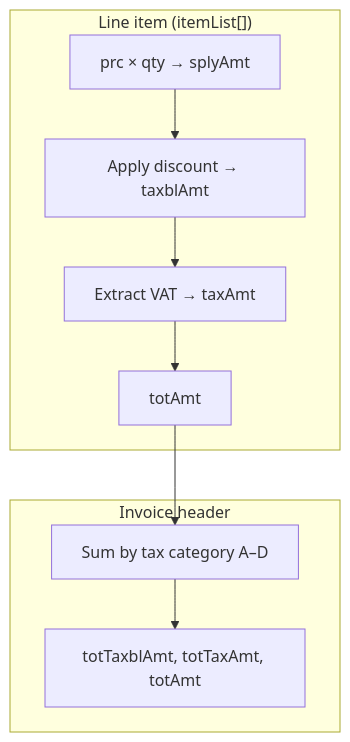
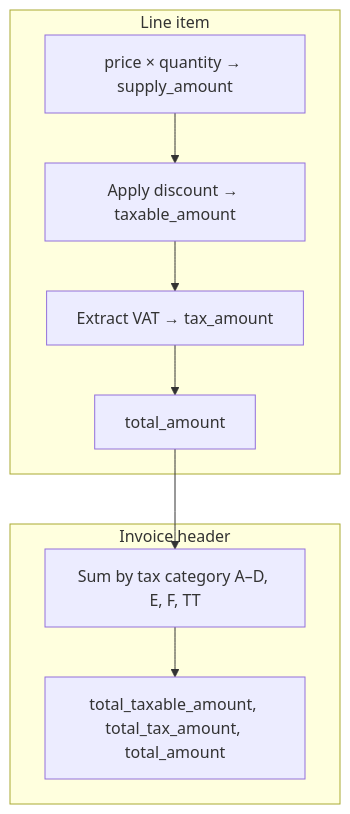
The diagram in calculations/overview.mdx (kaykorw/ebm_thirdparty_docs), drawn with Mermaid before and after one commit. The commit also changed other lines of this file and 25 other files, not shown here.

````diff
--- a/calculations/overview.mdx
+++ b/calculations/overview.mdx
@@ -12,15 +12,15 @@
 ```mermaid
 flowchart TB
-    subgraph line ["Line item (itemList[])"]
-        PRC["prc × qty → splyAmt"]
-        DC["Apply discount → taxblAmt"]
-        TAX["Extract VAT → taxAmt"]
-        LINE["totAmt"]
+    subgraph line ["Line item"]
+        PRC["price × quantity → supply_amount"]
+        DC["Apply discount → taxable_amount"]
+        TAX["Extract VAT → tax_amount"]
+        LINE["total_amount"]
     end
     subgraph header ["Invoice header"]
-        CAT["Sum by tax category A–D"]
-        TOT["totTaxblAmt, totTaxAmt, totAmt"]
+        CAT["Sum by tax category A–D, E, F, TT"]
+        TOT["total_taxable_amount, total_tax_amount, total_amount"]
     end
     PRC --> DC --> TAX --> LINE
     LINE --> CAT --> TOT
 ```
````
